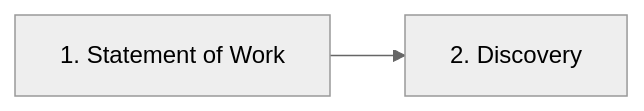
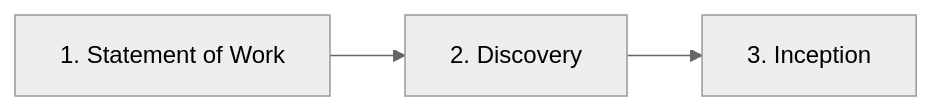
One commit to leds-conectafapes/processo-leds-sdlc changed the diagram in docs/sdlc/0_processo.md. Above: the diagram before and after it, drawn with Mermaid (neutral theme). The commit also changed other lines of this file and 1 other file, not shown here.

First line of the commit message:
docs: adiciona fase Inception ao SDLC

````diff
--- a/docs/sdlc/0_processo.md
+++ b/docs/sdlc/0_processo.md
@@ -7,4 +7,5 @@
 ```mermaid
 graph LR
     SOW[1. Statement of Work] --> DISC[2. Discovery]
+    DISC --> INC[3. Inception]
 ```
````
